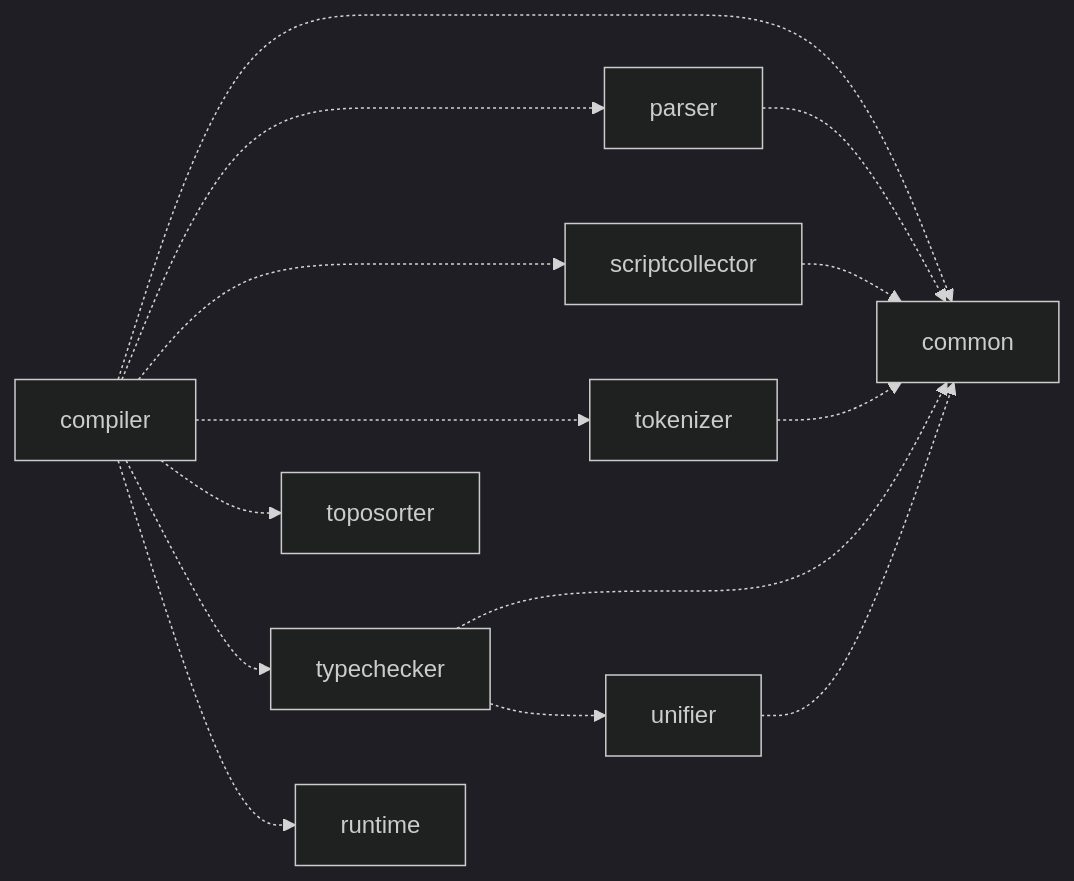
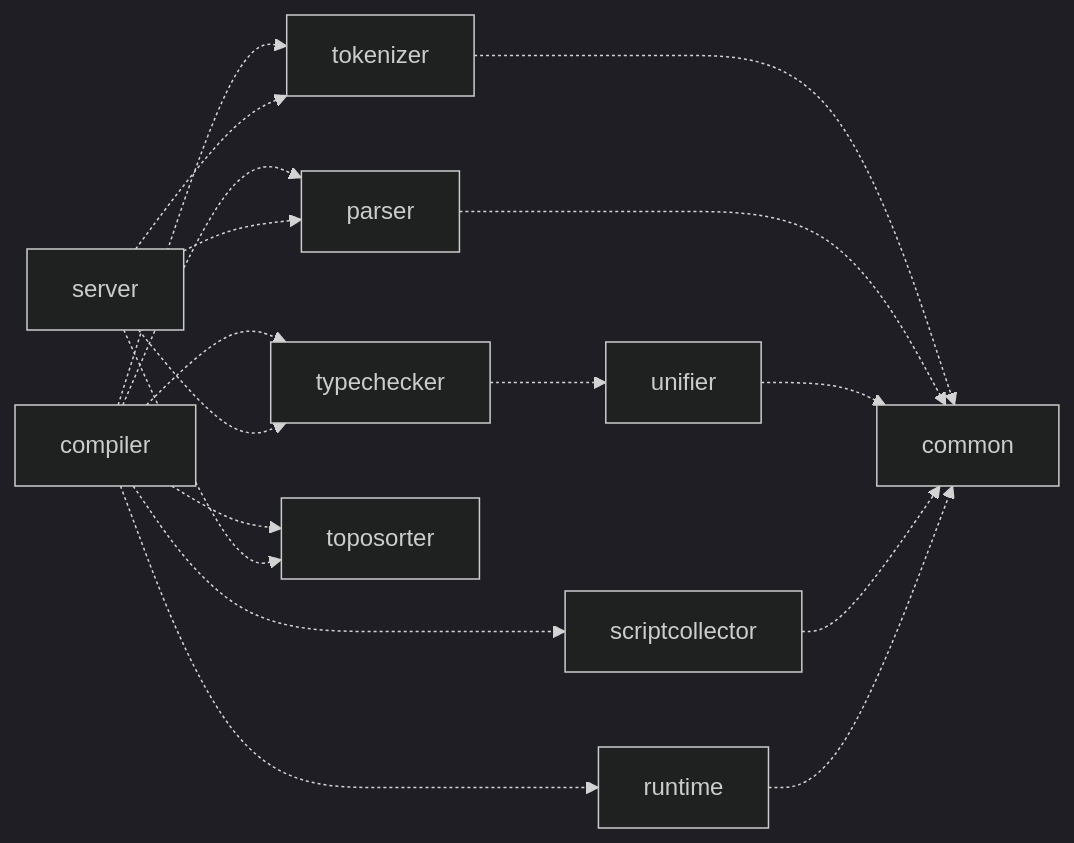
One commit to hoplang/hop changed the diagram in CLAUDE.md. Above: the diagram before and after it, drawn with Mermaid (dark theme). The commit also changed other lines of this file and 2 other files, not shown here.

Commit message:
feat: Add server module

````diff
--- a/CLAUDE.md
+++ b/CLAUDE.md
@@ -41,16 +42,21 @@
 ```mermaid
 graph LR
     tokenizer -.-> common
     parser -.-> common
     unifier -.-> common
     scriptcollector -.-> common
-    compiler -.-> common
-    typechecker -.-> common
+    runtime -.-> common
     typechecker -.-> unifier
+
     compiler -.-> parser
     compiler -.-> scriptcollector
     compiler -.-> tokenizer
     compiler -.-> toposorter
     compiler -.-> typechecker
     compiler -.-> runtime
+    
+    server -.-> parser
+    server -.-> tokenizer
+    server -.-> typechecker
+    server -.-> toposorter
 ```
````
